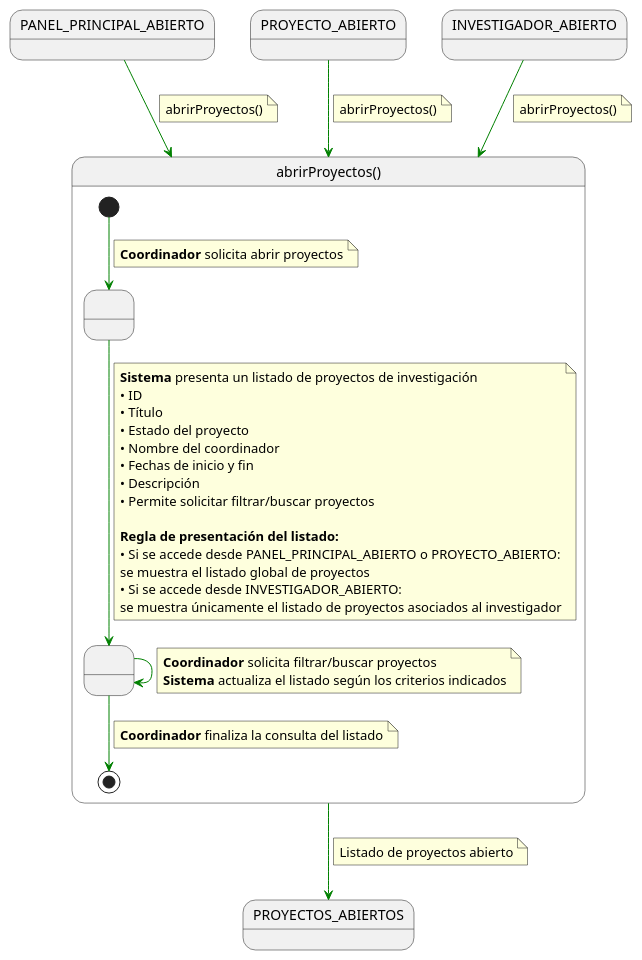
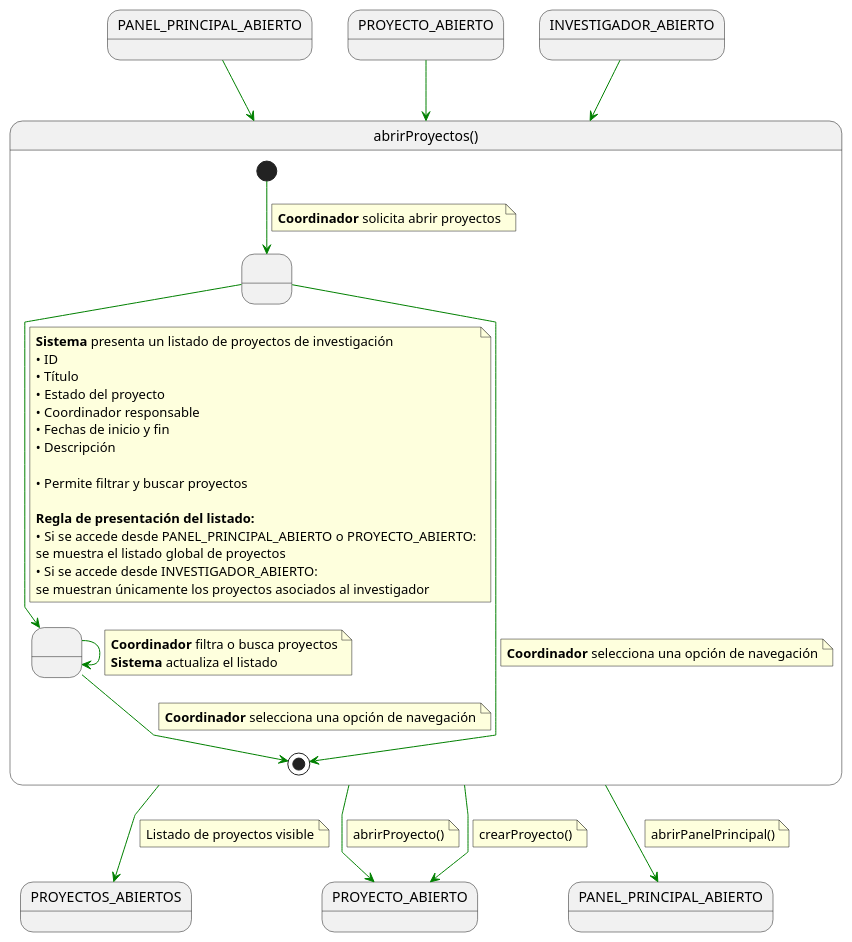
The diagram in documents/casosDeUso/detalle/coordinador/02-gestion-proyectos/abrirProyectos/abrirProyectos.puml (31Diego/25-26-IdSw1-SdR), drawn with PlantUML before and after one commit. The commit also changed 69 other files, not shown here.

```diff
--- a/documents/casosDeUso/detalle/coordinador/02-gestion-proyectos/abrirProyectos/abrirProyectos.puml
+++ b/documents/casosDeUso/detalle/coordinador/02-gestion-proyectos/abrirProyectos/abrirProyectos.puml
@@ -1,65 +1,80 @@
 @startuml abrirProyectos
+skinparam linetype polyline
 
-skinparam linetype polyline
+state in1 as "PANEL_PRINCIPAL_ABIERTO"
+in1 -[#green]-> abrirProyectos
+
+state in2 as "PROYECTO_ABIERTO"
+in2 -[#green]-> abrirProyectos
+
+state in3 as "INVESTIGADOR_ABIERTO"
+in3 -[#green]-> abrirProyectos
+
 
 state abrirProyectos as "abrirProyectos()" {
 
     state " " as MostrandoLista
     state " " as FiltrandoLista
 
     [*] -[#green]-> MostrandoLista
     note on link
     <b>Coordinador</b> solicita abrir proyectos
     end note
 
     MostrandoLista -[#green]-> FiltrandoLista
     note on link
     <b>Sistema</b> presenta un listado de proyectos de investigación
     • ID
     • Título
     • Estado del proyecto
-    • Nombre del coordinador
+    • Coordinador responsable
     • Fechas de inicio y fin
     • Descripción
-    • Permite solicitar filtrar/buscar proyectos
+    
+    • Permite filtrar y buscar proyectos
 
     <b>Regla de presentación del listado:</b>
     • Si se accede desde PANEL_PRINCIPAL_ABIERTO o PROYECTO_ABIERTO:
     se muestra el listado global de proyectos
     • Si se accede desde INVESTIGADOR_ABIERTO:
-    se muestra únicamente el listado de proyectos asociados al investigador
+    se muestran únicamente los proyectos asociados al investigador
     end note
 
     FiltrandoLista -[#green]-> FiltrandoLista
     note on link
-    <b>Coordinador</b> solicita filtrar/buscar proyectos
-    <b>Sistema</b> actualiza el listado según los criterios indicados
+    <b>Coordinador</b> filtra o busca proyectos
+    <b>Sistema</b> actualiza el listado
     end note
 
     FiltrandoLista -[#green]-> [*]
     note on link
-    <b>Coordinador</b> finaliza la consulta del listado
+    <b>Coordinador</b> selecciona una opción de navegación
+    end note
+
+    MostrandoLista -[#green]-> [*]
+    note on link
+    <b>Coordinador</b> selecciona una opción de navegación
     end note
 }
 
-PANEL_PRINCIPAL_ABIERTO -[#green]-> abrirProyectos
+abrirProyectos -[#green]-> PROYECTOS_ABIERTOS
 note on link
-abrirProyectos()
+Listado de proyectos visible
 end note
 
-PROYECTO_ABIERTO -[#green]-> abrirProyectos
+abrirProyectos -[#green]-> PROYECTO_ABIERTO
 note on link
-abrirProyectos()
+abrirProyecto()
 end note
 
-INVESTIGADOR_ABIERTO -[#green]-> abrirProyectos
+abrirProyectos -[#green]-> PROYECTO_ABIERTO
 note on link
-abrirProyectos()
+crearProyecto()
 end note
 
-abrirProyectos -[#green]-> PROYECTOS_ABIERTOS
+abrirProyectos -[#green]-> PANEL_PRINCIPAL_ABIERTO
 note on link
-Listado de proyectos abierto
+abrirPanelPrincipal()
 end note
 
 @enduml
```
